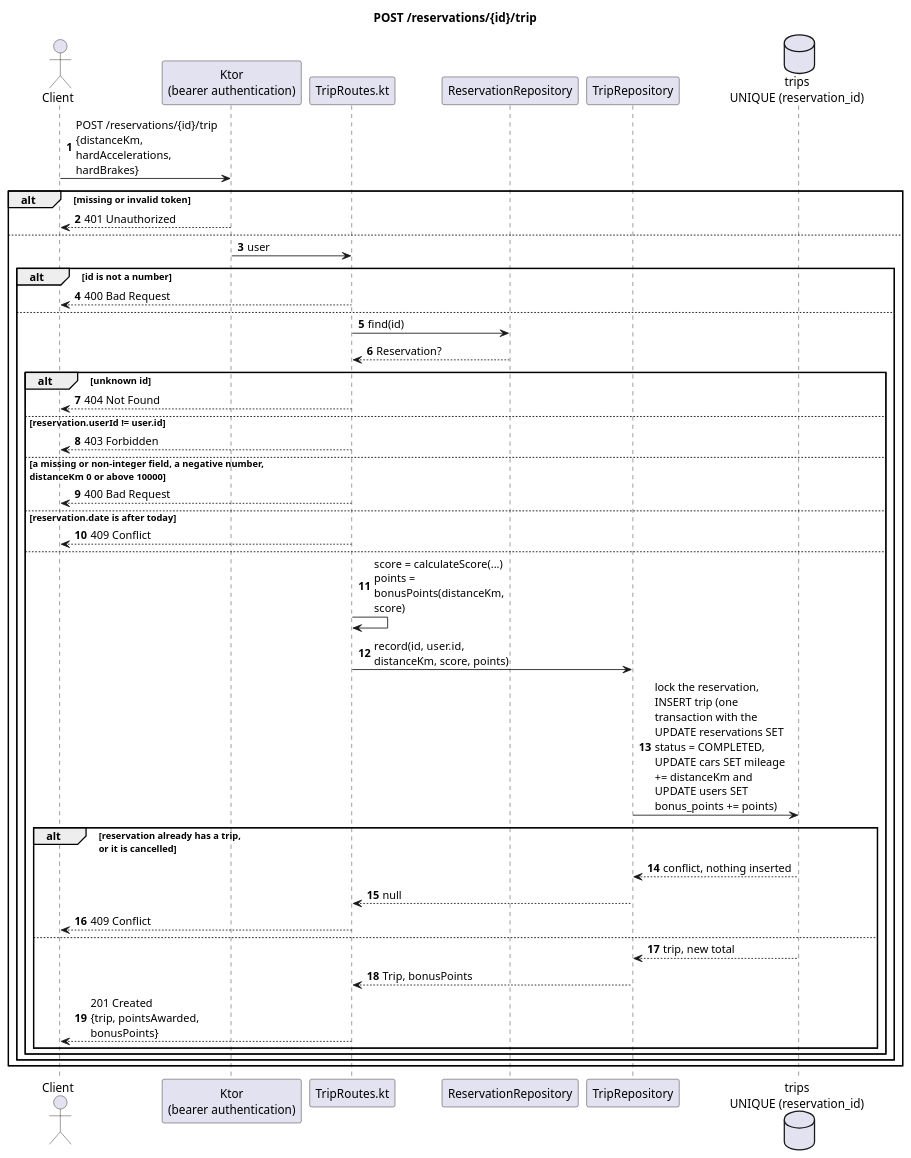
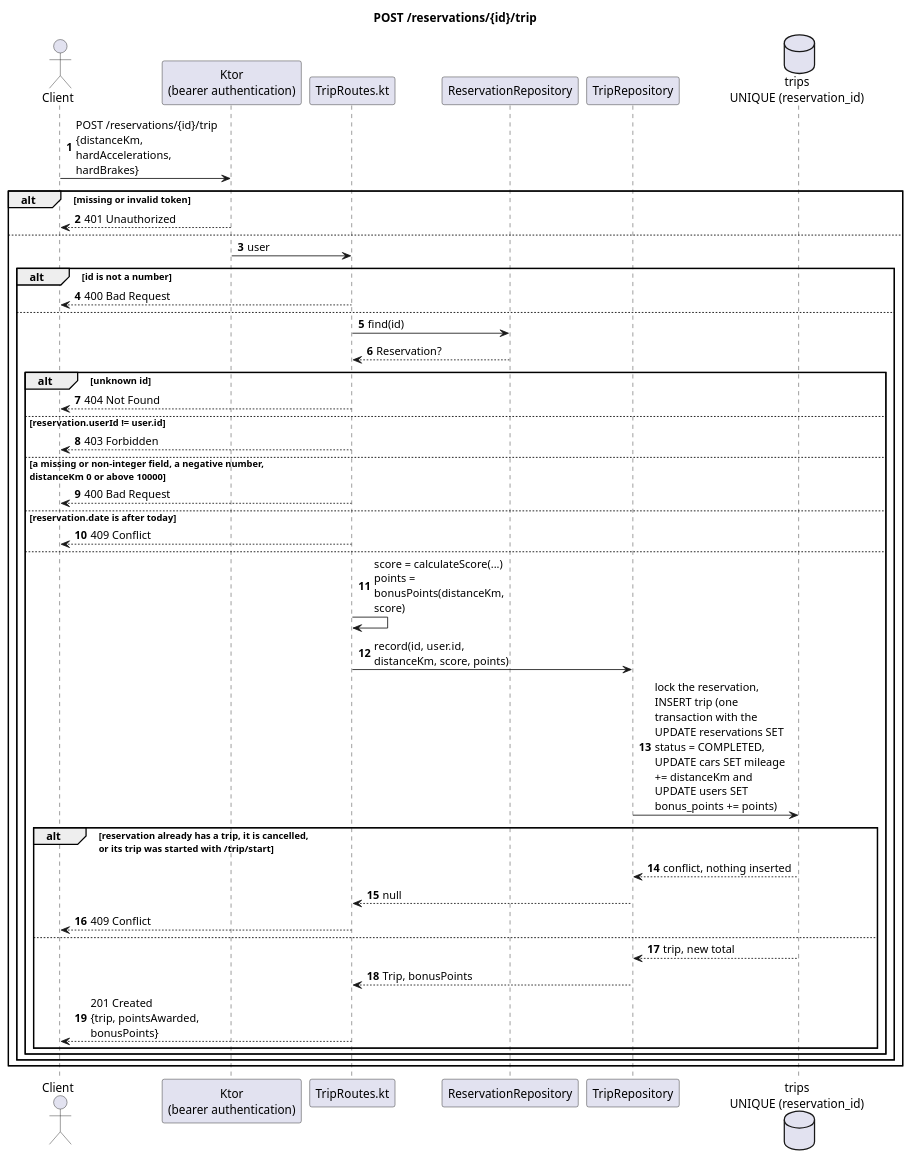
Before and after one commit to Rent-a-car-38291/rent-a-car: the diagram in docs/diagrams/sequence-record-trip.puml, drawn with PlantUML. The commit also changed 5 other files, not shown here.

Commit message:
Fix three diagrams: Location is not a data class, any user creates an organization, a started trip also refuses a one-call trip

```diff
--- a/docs/diagrams/sequence-record-trip.puml
+++ b/docs/diagrams/sequence-record-trip.puml
@@ -1,49 +1,49 @@
 @startuml
 title POST /reservations/{id}/trip
 autonumber
 skinparam maxMessageSize 170
 skinparam wrapWidth 200
 
 actor Client
 participant "Ktor\n(bearer authentication)" as Auth
 participant "TripRoutes.kt" as Route
 participant "ReservationRepository" as Reservations
 participant "TripRepository" as Repo
 database "trips\nUNIQUE (reservation_id)" as Db
 
 Client -> Auth : POST /reservations/{id}/trip\n{distanceKm, hardAccelerations, hardBrakes}
 alt missing or invalid token
   Auth --> Client : 401 Unauthorized
 else
   Auth -> Route : user
   alt id is not a number
     Route --> Client : 400 Bad Request
   else
     Route -> Reservations : find(id)
     Reservations --> Route : Reservation?
     alt unknown id
       Route --> Client : 404 Not Found
     else reservation.userId != user.id
       Route --> Client : 403 Forbidden
     else a missing or non-integer field, a negative number,\ndistanceKm 0 or above 10000
       Route --> Client : 400 Bad Request
     else reservation.date is after today
       Route --> Client : 409 Conflict
     else
       Route -> Route : score = calculateScore(...)\npoints = bonusPoints(distanceKm, score)
       Route -> Repo : record(id, user.id, distanceKm, score, points)
       Repo -> Db : lock the reservation, INSERT trip (one transaction with the\nUPDATE reservations SET status = COMPLETED,\nUPDATE cars SET mileage += distanceKm and\nUPDATE users SET bonus_points += points)
-      alt reservation already has a trip,\nor it is cancelled
+      alt reservation already has a trip, it is cancelled,\nor its trip was started with /trip/start
         Db --> Repo : conflict, nothing inserted
         Repo --> Route : null
         Route --> Client : 409 Conflict
       else
         Db --> Repo : trip, new total
         Repo --> Route : Trip, bonusPoints
         Route --> Client : 201 Created\n{trip, pointsAwarded, bonusPoints}
       end
     end
   end
 end
 
 @enduml
```
